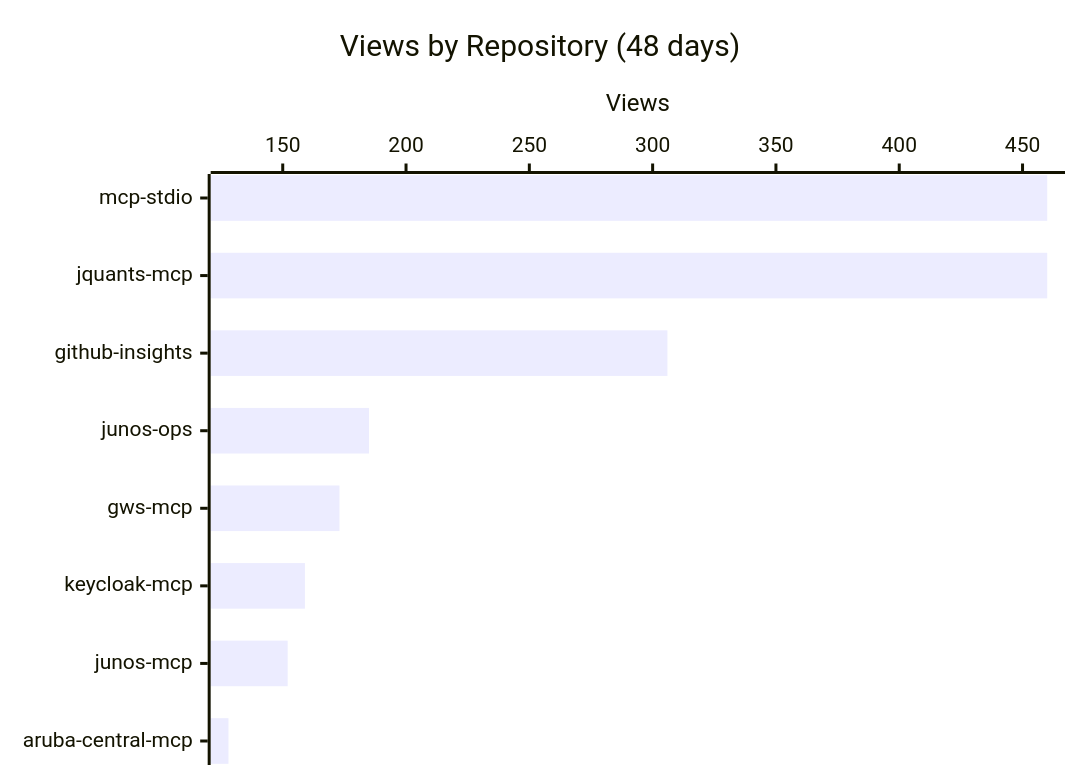
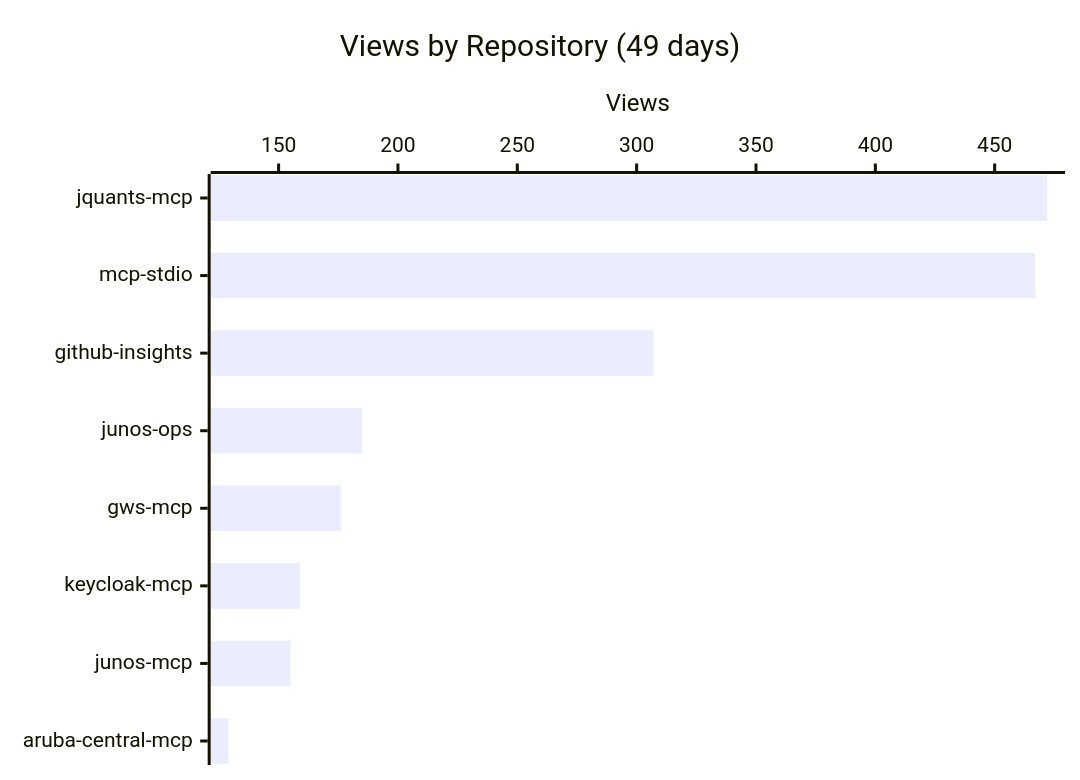
The first of 3 diagrams in README.md (shigechika/github-insights), drawn with Mermaid before and after one commit. The commit also changed other lines of this file and 2 other files, not shown here.

````diff
--- a/README.md
+++ b/README.md
@@ -18,7 +18,7 @@
 ```mermaid
 xychart-beta horizontal
-    title "Views by Repository (48 days)"
-    x-axis ["mcp-stdio", "jquants-mcp", "github-insights", "junos-ops", "gws-mcp", "keycloak-mcp", "junos-mcp", "aruba-central-mcp"]
+    title "Views by Repository (49 days)"
+    x-axis ["jquants-mcp", "mcp-stdio", "github-insights", "junos-ops", "gws-mcp", "keycloak-mcp", "junos-mcp", "aruba-central-mcp"]
     y-axis "Views"
-    bar [460, 460, 306, 185, 173, 159, 152, 128]
+    bar [472, 467, 307, 185, 176, 159, 155, 129]
 ```
````
